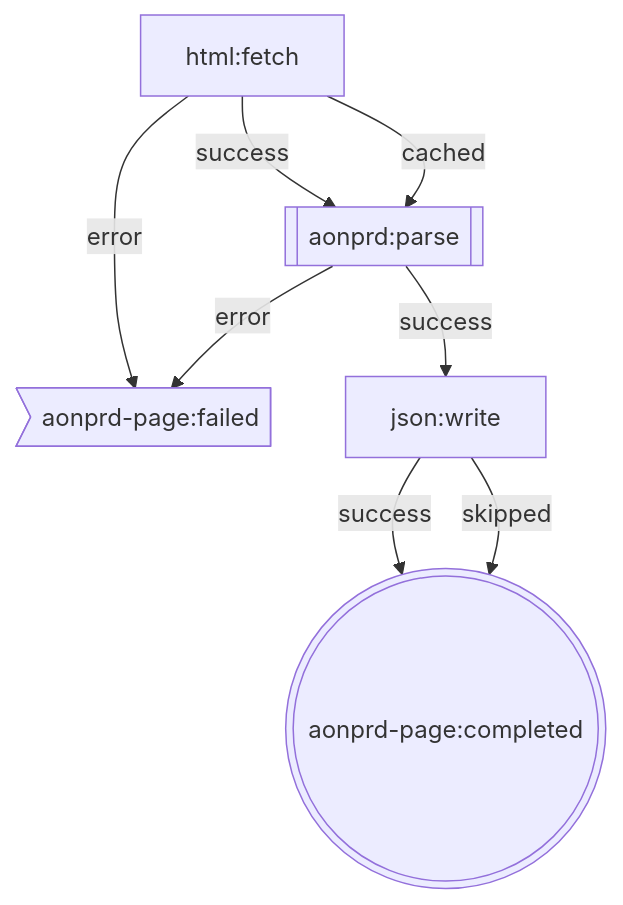
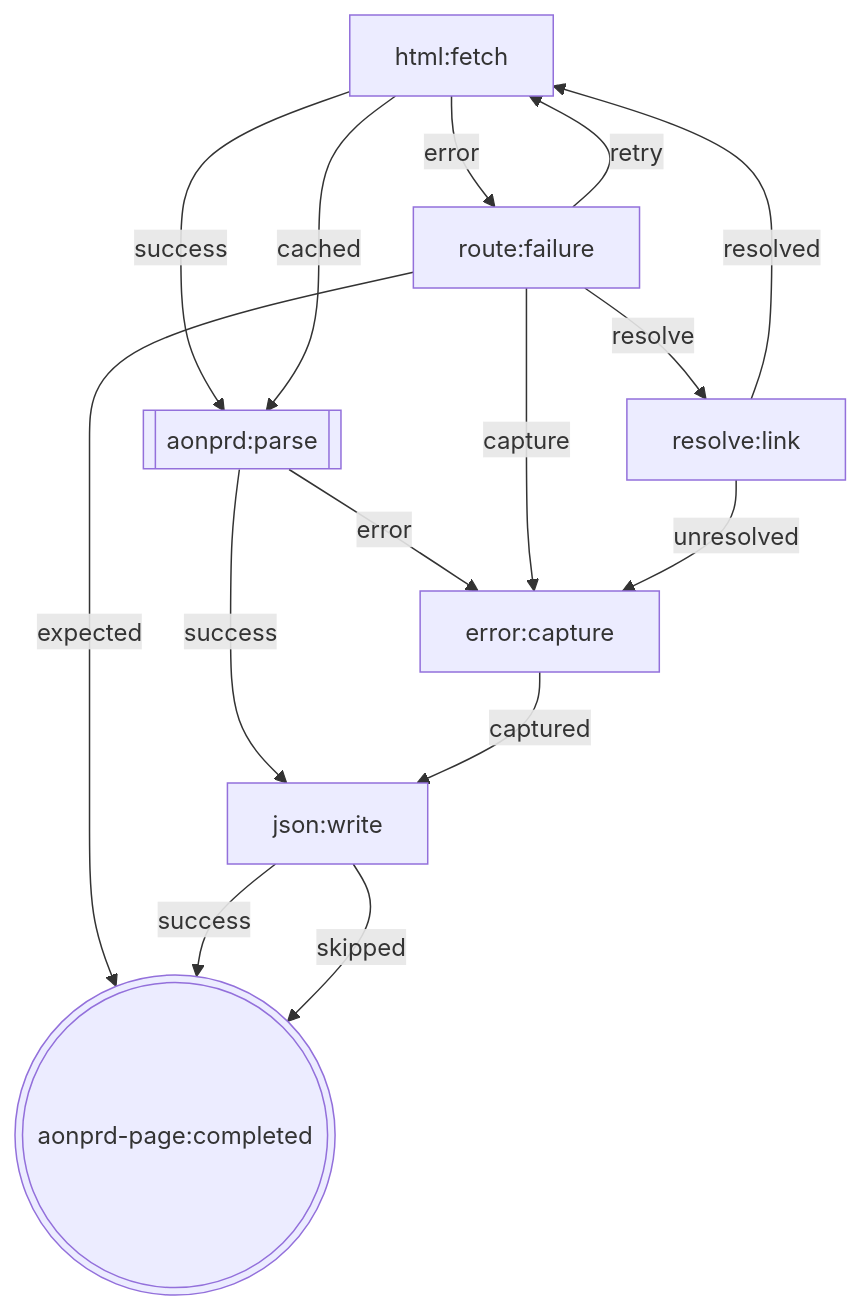
The diagram in docs/_generated/aonprdPageDAG.mmd (Studnicky/PathRipper), drawn with Mermaid before and after one commit. The commit also changed 13 other files, not shown here.

```diff
--- a/docs/_generated/aonprdPageDAG.mmd
+++ b/docs/_generated/aonprdPageDAG.mmd
@@ -1,15 +1,24 @@
 flowchart TB
   %% aonprd:page (v1.0)
   html_fetch
   html_fetch[html:fetch]
   html_fetch -->|success| aonprd_parse
   html_fetch -->|cached| aonprd_parse
-  html_fetch -->|error| aonprd-page_failed
+  html_fetch -->|error| route_failure
   aonprd_parse[[aonprd:parse]]
   aonprd_parse -->|success| json_write
-  aonprd_parse -->|error| aonprd-page_failed
+  aonprd_parse -->|error| error_capture
+  error_capture[error:capture]
+  error_capture -->|captured| json_write
+  route_failure[route:failure]
+  route_failure -->|retry| html_fetch
+  route_failure -->|resolve| resolve_link
+  route_failure -->|capture| error_capture
+  route_failure -->|expected| aonprd-page_completed
+  resolve_link[resolve:link]
+  resolve_link -->|resolved| html_fetch
+  resolve_link -->|unresolved| error_capture
   json_write[json:write]
   json_write -->|success| aonprd-page_completed
   json_write -->|skipped| aonprd-page_completed
   aonprd-page_completed(((aonprd-page:completed)))
-  aonprd-page_failed>aonprd-page:failed]
```
